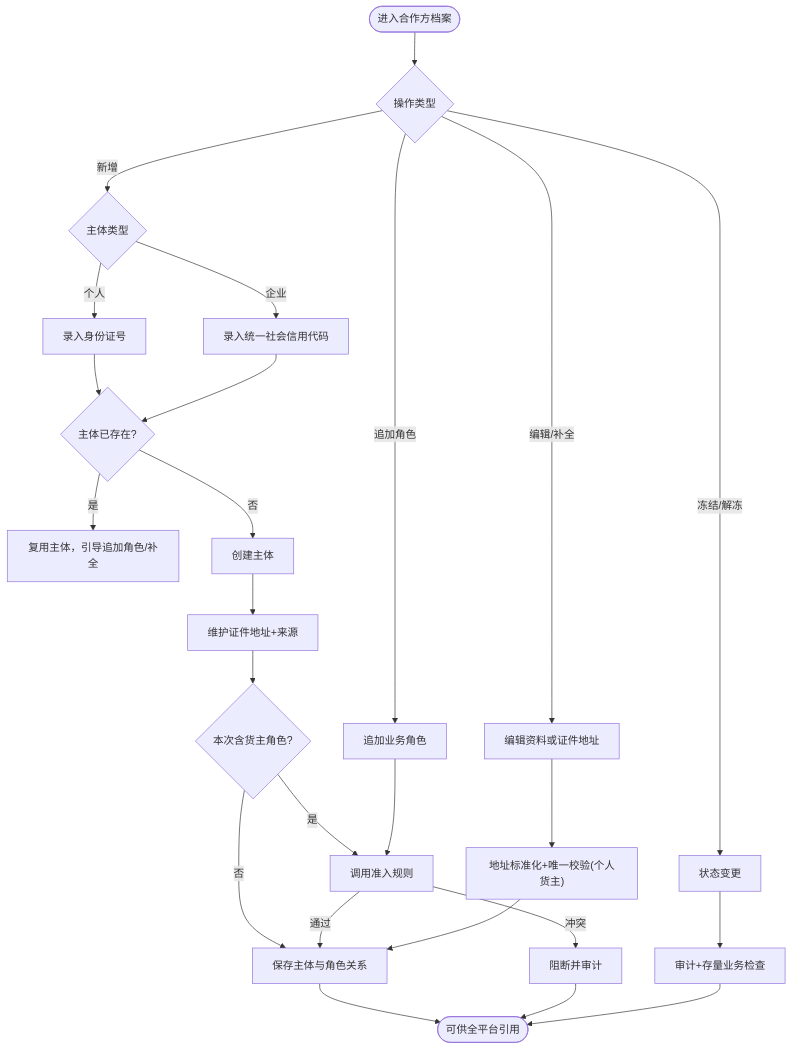
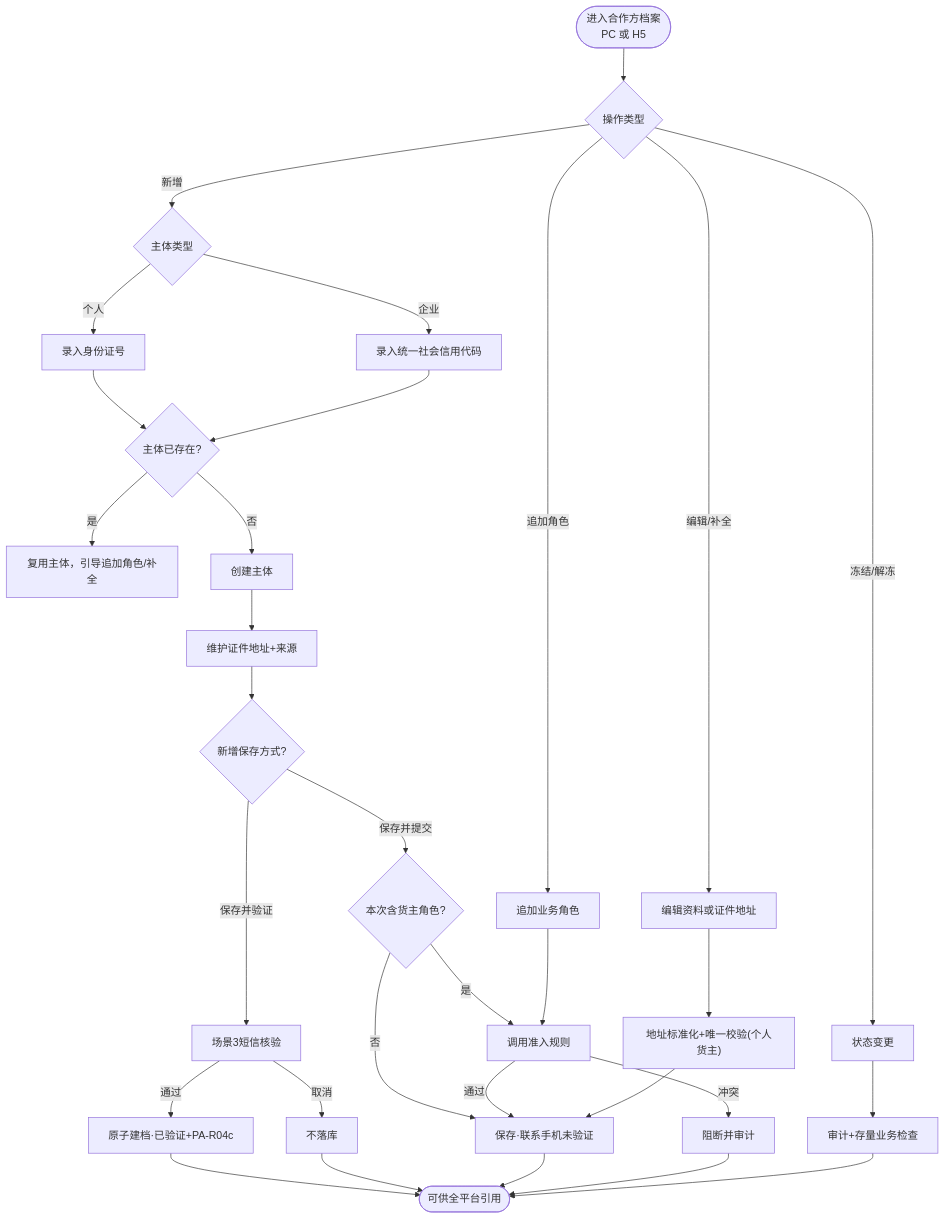
Before and after one commit to RobertHuang999/SYZC: the second of 8 diagrams in 02-PRD文档/B-迭代需求/6.3版本（2026.09）/04-合作方档案/合作方档案-业务流程推演.md, drawn with Mermaid. The commit also changed other lines of this file and 95 other files, not shown here.

````diff
--- a/02-PRD文档/B-迭代需求/6.3版本（2026.09）/04-合作方档案/合作方档案-业务流程推演.md
+++ b/02-PRD文档/B-迭代需求/6.3版本（2026.09）/04-合作方档案/合作方档案-业务流程推演.md
@@ -36,29 +47,35 @@
 ```mermaid
 flowchart TD
-    Start(["进入合作方档案"]) --> Action{"操作类型"}
+    Start(["进入合作方档案<br/>PC 或 H5"]) --> Action{"操作类型"}
     Action -->|新增| Type{"主体类型"}
     Action -->|编辑/补全| Edit["编辑资料或证件地址"]
     Action -->|追加角色| RoleAdd["追加业务角色"]
     Action -->|冻结/解冻| Status["状态变更"]
 
     Type -->|个人| P1["录入身份证号"]
     Type -->|企业| E1["录入统一社会信用代码"]
     P1 --> Exist{"主体已存在?"}
     E1 --> Exist
     Exist -->|是| Reuse["复用主体，引导追加角色/补全"]
     Exist -->|否| Create["创建主体"]
     Create --> Addr["维护证件地址+来源"]
-    Addr --> RoleCheck{"本次含货主角色?"}
+    Addr --> SaveChoice{"新增保存方式?"}
+    SaveChoice -->|保存并提交| RoleCheck{"本次含货主角色?"}
+    SaveChoice -->|保存并验证| SMS3["场景3短信核验"]
+    SMS3 -->|通过| SaveVerified["原子建档·已验证+PA-R04c"]
+    SMS3 -->|取消| CancelCreate["不落库"]
     RoleCheck -->|是| Rule["调用准入规则"]
-    RoleCheck -->|否| Save["保存主体与角色关系"]
+    RoleCheck -->|否| Save["保存·联系手机未验证"]
     Rule -->|冲突| Block["阻断并审计"]
     Rule -->|通过| Save
+    SaveVerified --> End
+    CancelCreate --> End
 
     Edit --> AddrRule["地址标准化+唯一校验(个人货主)"]
     AddrRule --> Save
     RoleAdd --> Rule
     Status --> Audit["审计+存量业务检查"]
     Save --> End(["可供全平台引用"])
     Block --> End
     Audit --> End
 ```
````
